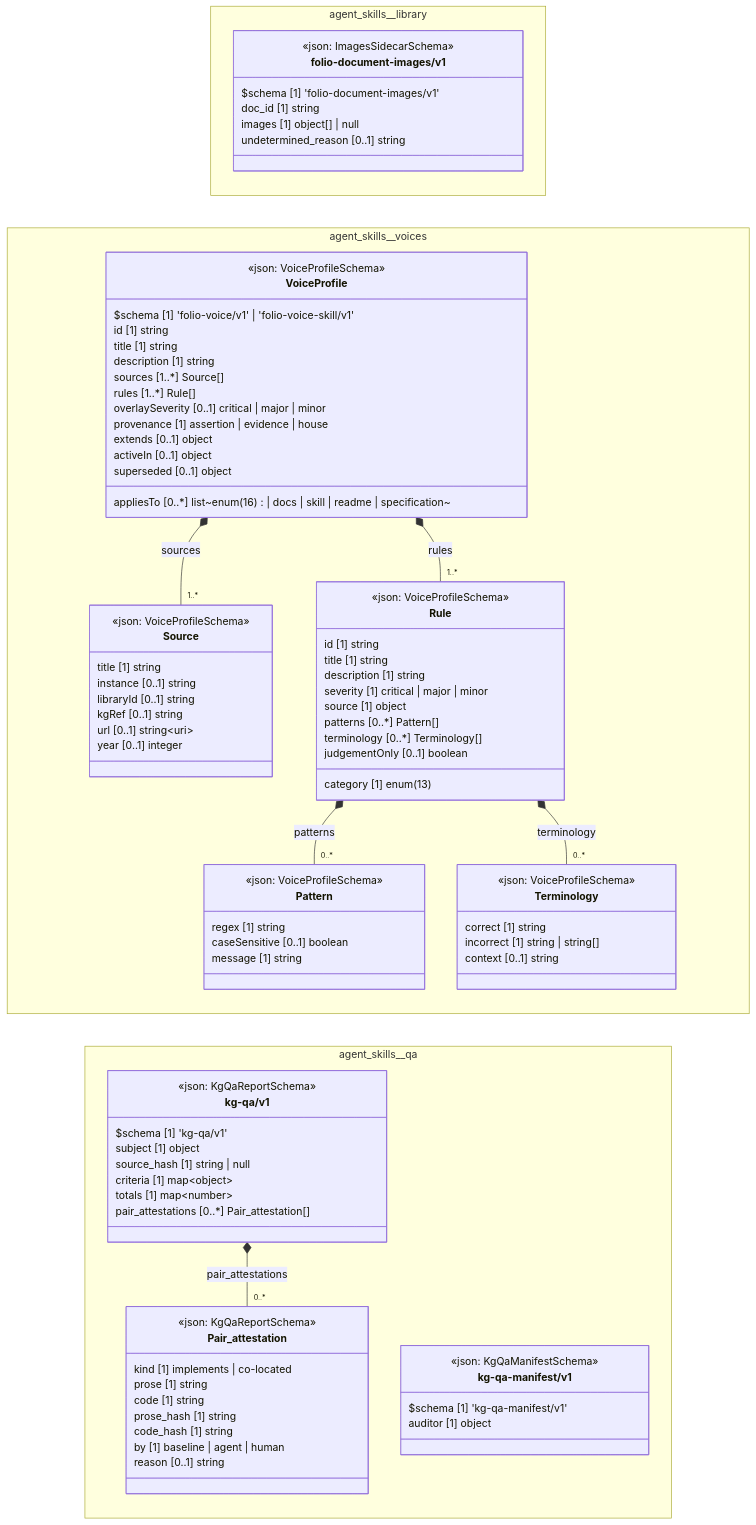
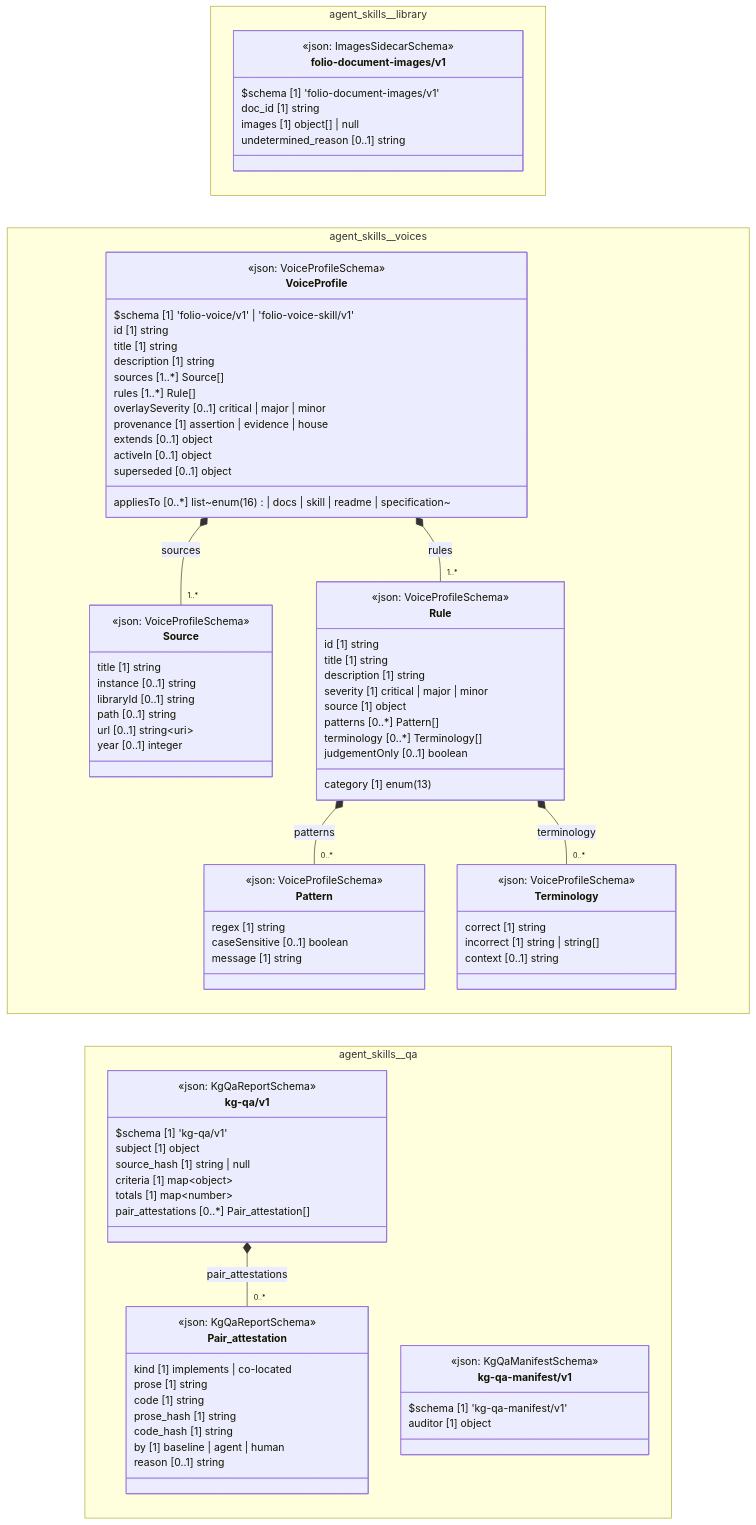
The diagram in cat-harness/docs/uml/overview/agent-skills.md (litlfred/folio-assistant), drawn with Mermaid before and after one commit. The commit also changed 64 other files, not shown here.

```diff
--- a/cat-harness/docs/uml/overview/agent-skills.md
+++ b/cat-harness/docs/uml/overview/agent-skills.md
@@ -61,7 +61,7 @@
       title [1] string
       instance [0..1] string
       libraryId [0..1] string
-      kgRef [0..1] string
+      path [0..1] string
       url [0..1] string~uri~
       year [0..1] integer
     }
```
